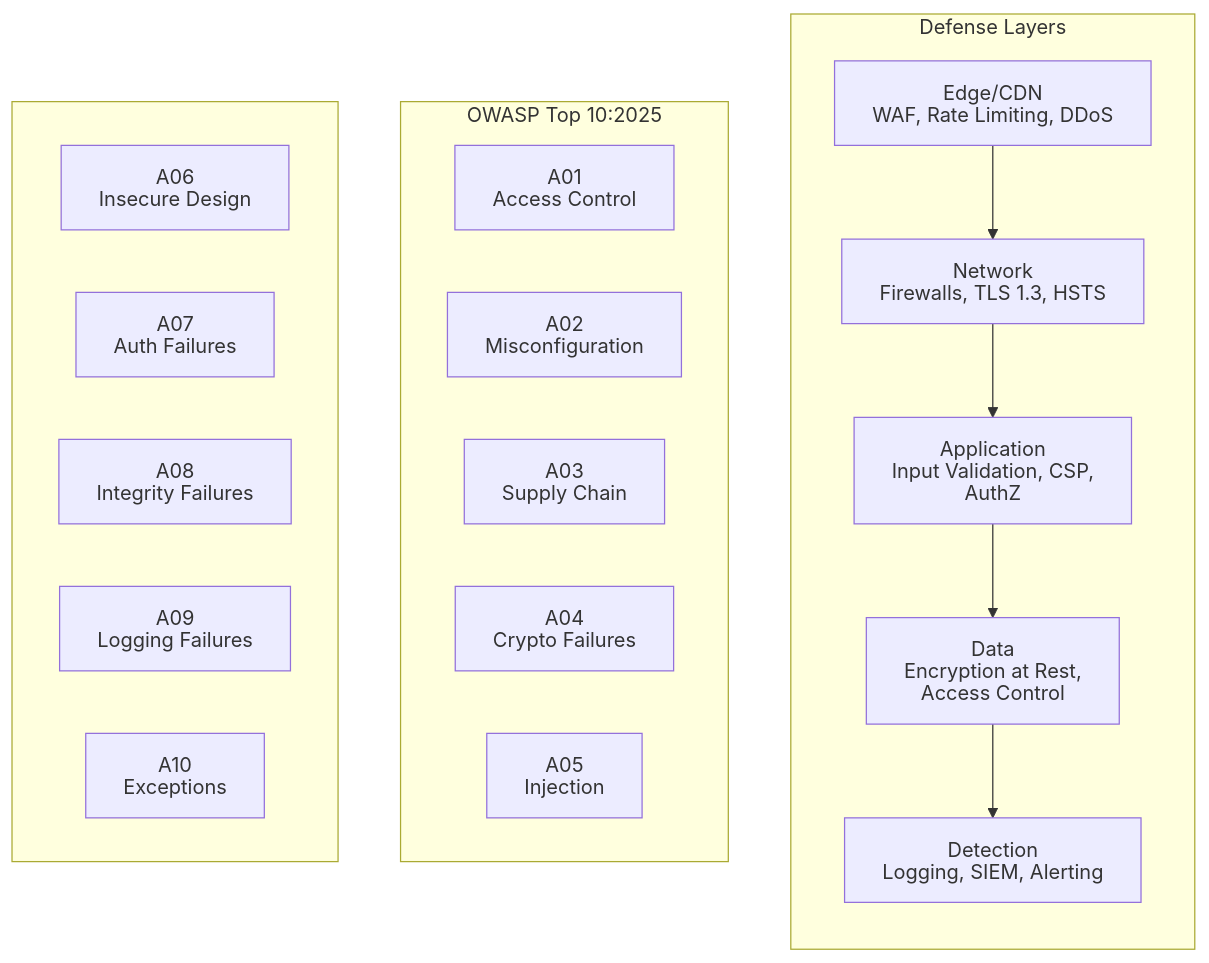
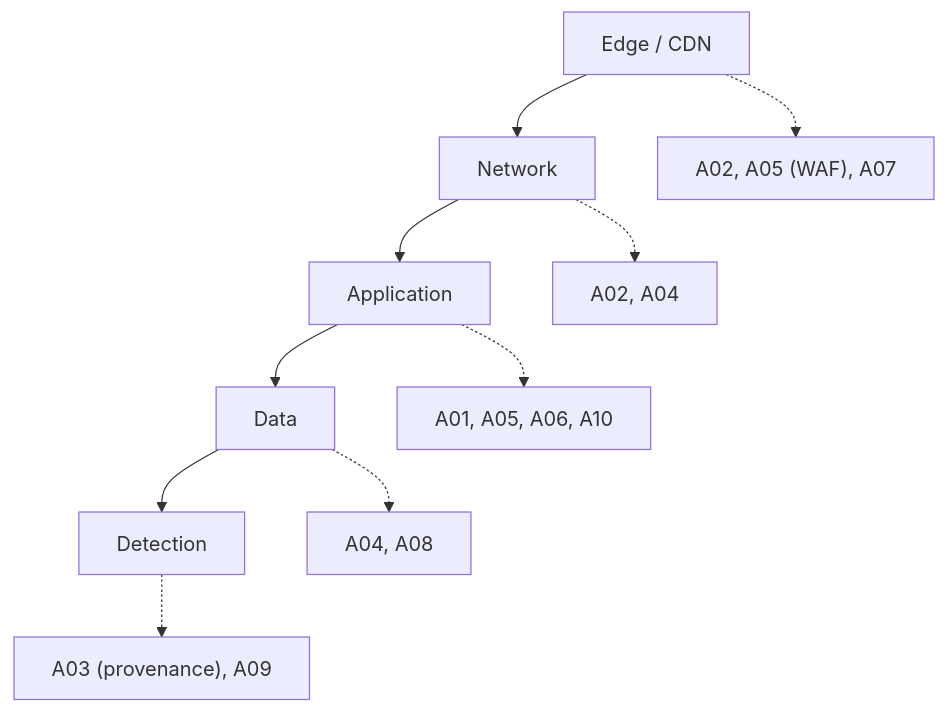
The diagram in content/articles/owasp-top-10-guide/diagrams/defense-in-depth-model-mapped-to-owasp-top-10-2025-vulnerability-categories.mermaid (sujeet-pro/sujeet.pro), drawn with Mermaid before and after one commit. The commit also changed 2057 other files, not shown here.

```diff
--- a/content/articles/owasp-top-10-guide/diagrams/defense-in-depth-model-mapped-to-owasp-top-10-2025-vulnerability-categories.mermaid
+++ b/content/articles/owasp-top-10-guide/diagrams/defense-in-depth-model-mapped-to-owasp-top-10-2025-vulnerability-categories.mermaid
@@ -1,32 +1,17 @@
 %% Diagram: Defense In Depth Model Mapped To Owasp Top 10 2025 Vulnerability Categories
 %% Type: flowchart
 %%{init: {'htmlLabels': false}}%%
 flowchart TB
-    subgraph "Defense Layers"
-        direction TB
-        EDGE["Edge/CDN<br/>WAF, Rate Limiting, DDoS"]
-        NET["Network<br/>Firewalls, TLS 1.3, HSTS"]
-        APP["Application<br/>Input Validation, CSP, AuthZ"]
-        DATA["Data<br/>Encryption at Rest, Access Control"]
-        MON["Detection<br/>Logging, SIEM, Alerting"]
-    end
+    EDGE["Edge / CDN"]
+    NET["Network"]
+    APP["Application"]
+    DATA["Data"]
+    MON["Detection"]
 
     EDGE --> NET --> APP --> DATA --> MON
 
-    subgraph "OWASP Top 10:2025"
-        direction LR
-        A01["A01<br/>Access Control"]
-        A02["A02<br/>Misconfiguration"]
-        A03["A03<br/>Supply Chain"]
-        A04["A04<br/>Crypto Failures"]
-        A05["A05<br/>Injection"]
-    end
-
-    subgraph " "
-        direction LR
-        A06["A06<br/>Insecure Design"]
-        A07["A07<br/>Auth Failures"]
-        A08["A08<br/>Integrity Failures"]
-        A09["A09<br/>Logging Failures"]
-        A10["A10<br/>Exceptions"]
-    end
+    EDGE -.-> EM["A02, A05 (WAF), A07"]
+    NET -.-> NM["A02, A04"]
+    APP -.-> APM["A01, A05, A06, A10"]
+    DATA -.-> DM["A04, A08"]
+    MON -.-> MM["A03 (provenance), A09"]
```
